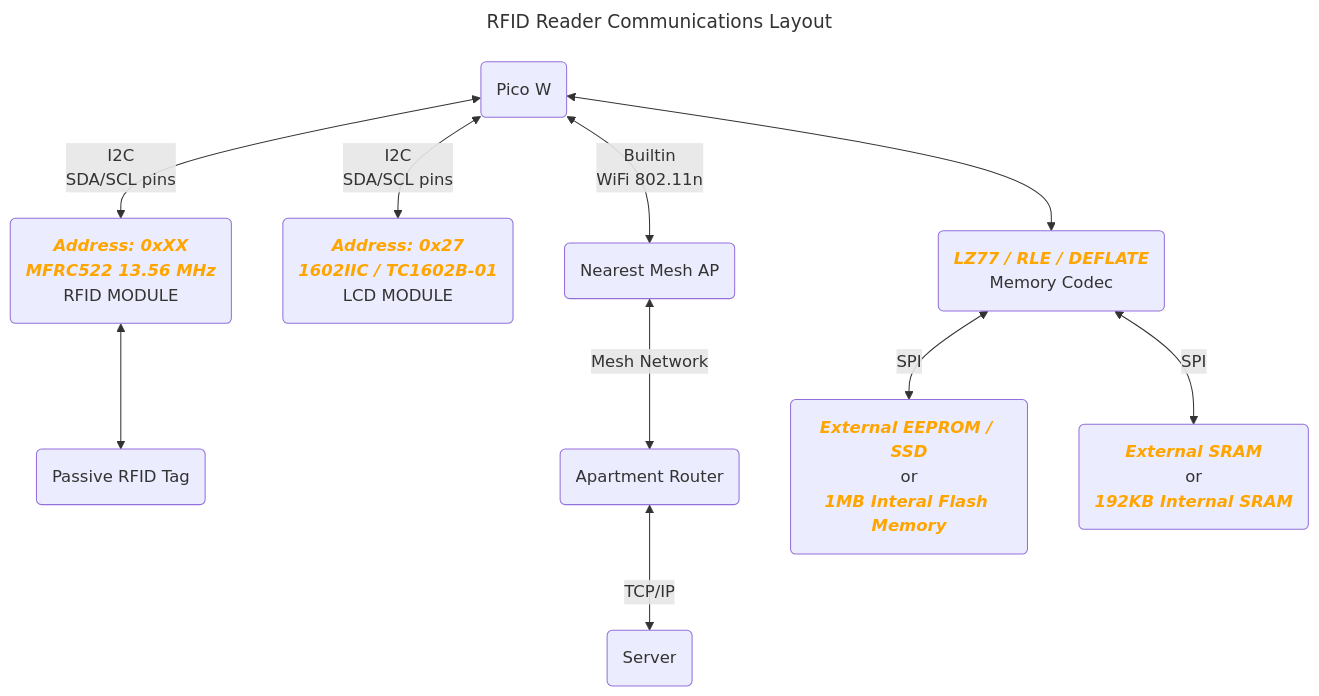
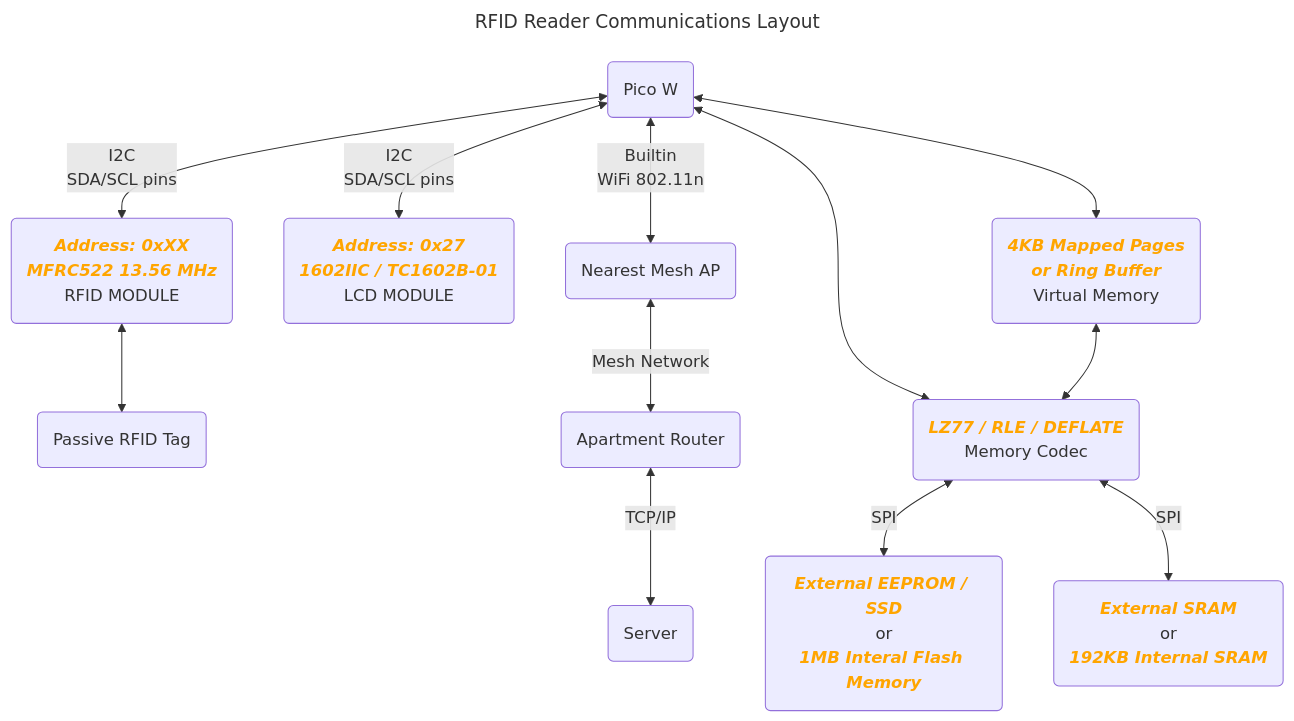
The fourth of 5 diagrams in README.md (Rackhamn/iot_arch_project1), drawn with Mermaid before and after one commit.

Commit message:
Added more memory stuff

````diff
--- a/README.md
+++ b/README.md
@@ -162,16 +162,18 @@
 ```mermaid
 ---
 title: RFID Reader Communications Layout
 ---
 graph
     PICO("Pico W") <-- I2C<br/>SDA/SCL pins --> RFID_MODULE("<b style="color: orange;"><i>Address: 0xXX<br/>MFRC522 13.56 MHz</i></b><br/>RFID MODULE")
     PICO <-- I2C<br/>SDA/SCL pins --> LCD_MODULE("<b style="color: orange;"><i>Address: 0x27<br/>1602IIC / TC1602B-01</i></b><br/>LCD MODULE")
     RFID_MODULE <--> RFID_PTAG(Passive RFID Tag)
     PICO <-- Builtin<br/>WiFi 802.11n --> MESH_AP(Nearest Mesh AP)
     MESH_AP <-- Mesh Network --> ROUTER(Apartment Router)
     ROUTER <-- TCP/IP --> Server(Server)
     PICO <--> MEMORY_CODEC("<b style="color: orange;"><i>LZ77 / RLE / DEFLATE</i></b><br/>Memory Codec")
     MEMORY_CODEC <-- SPI --> EEPROM("<b style="color: orange;"><i>External EEPROM / SSD</i></b><br/>or<br/><b style="color: orange;"><i>1MB Interal Flash Memory</i></b><br/>")
     MEMORY_CODEC <-- SPI --> RAM("<b style="color: orange;"><i>External SRAM</i></b><br/>or<br/><b style="color: orange;"><i>192KB Internal SRAM</i></b><br/>")
+    PICO <--> VTABLE("<b style="color: orange;"><i>4KB Mapped Pages<br/>or Ring Buffer</i></b><br/>Virtual Memory")
+    VTABLE <--> MEMORY_CODEC
   %% <p style="color: orange;"><b><i>Redis</i></b></p>
 ```
````
